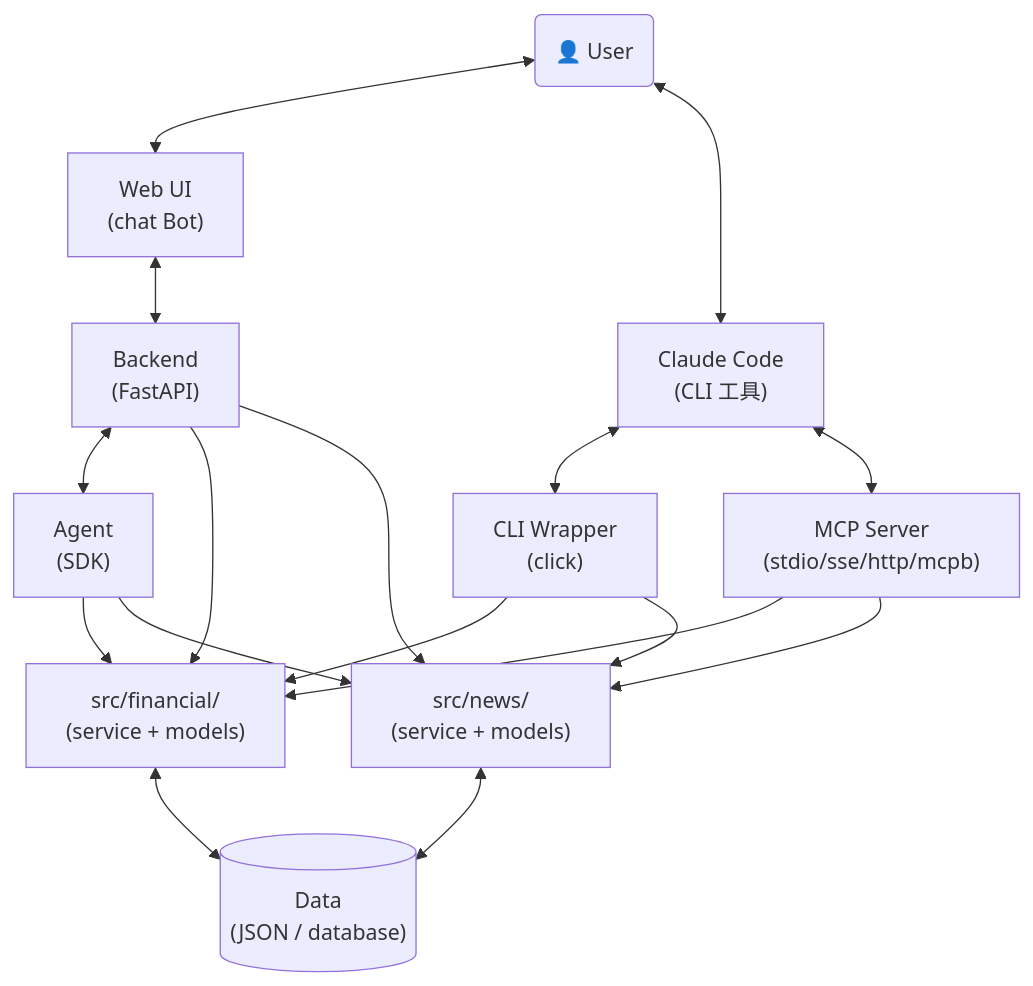
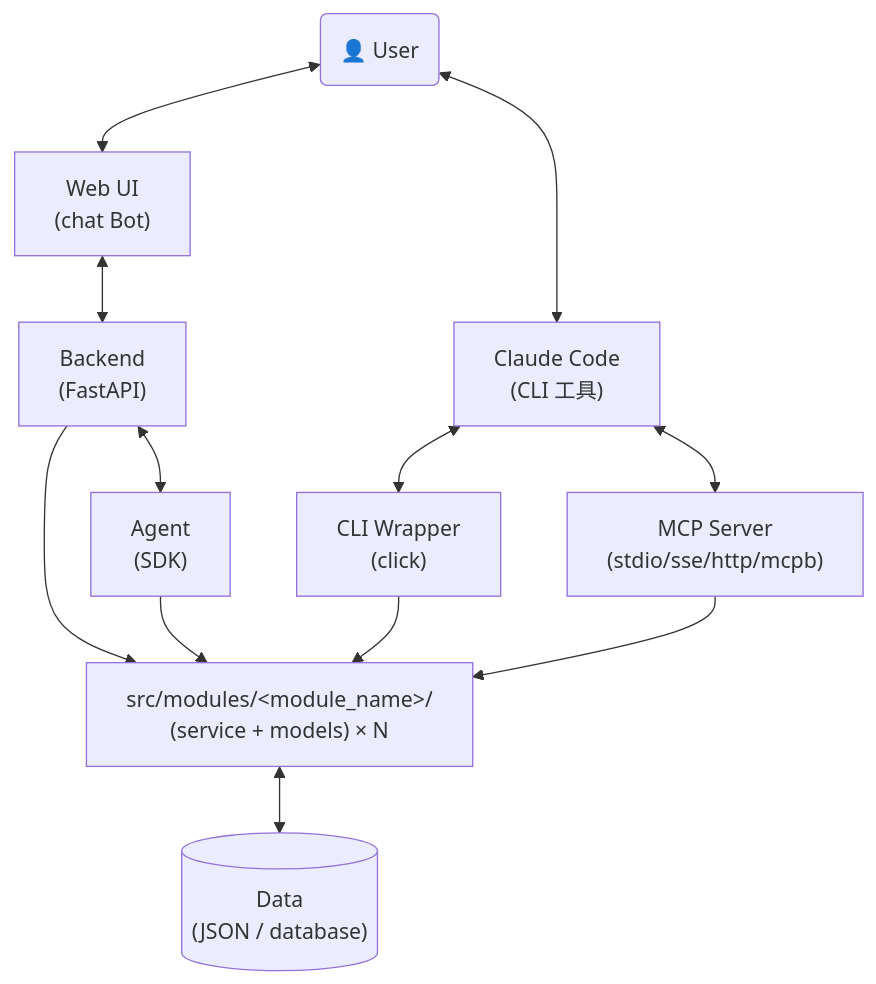
Before and after one commit to JoeyAssistant/skill-repo: the diagram in system-prompt/agent-factory/design-reference.md, drawn with Mermaid. The commit also changed other lines of this file, not shown here.

First line of the commit message:
refactor(design-reference): §4.1 补规则（总览图/时间戳），§3 修旧路径，§6 改为产出清单

````diff
--- a/system-prompt/agent-factory/design-reference.md
+++ b/system-prompt/agent-factory/design-reference.md
@@ -70,30 +70,24 @@
 ```mermaid
 graph TD
     User("👤 User")
     WebUI["Web UI<br/>(chat Bot)"]
     Claude["Claude Code<br/>(CLI 工具)"]
     Backend["Backend<br/>(FastAPI)"]
     Agent["Agent<br/>(SDK)"]
     McpServer["MCP Server<br/>(stdio/sse/http/mcpb)"]
     CLI["CLI Wrapper<br/>(click)"]
-    SrcFinancial["src/financial/<br/>(service + models)"]
-    SrcNews["src/news/<br/>(service + models)"]
+    SrcModules["src/modules/&lt;module_name&gt;/<br/>(service + models) × N"]
     Data[("Data<br/>(JSON / database)")]
 
     User <--> WebUI
     User <--> Claude
     WebUI <--> Backend
     Backend <--> Agent
-    Backend --> SrcFinancial
-    Backend --> SrcNews
-    Agent --> SrcFinancial
-    Agent --> SrcNews
+    Backend --> SrcModules
+    Agent --> SrcModules
     Claude <--> CLI
-    CLI --> SrcFinancial
-    CLI --> SrcNews
+    CLI --> SrcModules
     Claude <--> McpServer
-    McpServer --> SrcFinancial
-    McpServer --> SrcNews
-    SrcFinancial <--> Data
-    SrcNews <--> Data
+    McpServer --> SrcModules
+    SrcModules <--> Data
 ```
````
